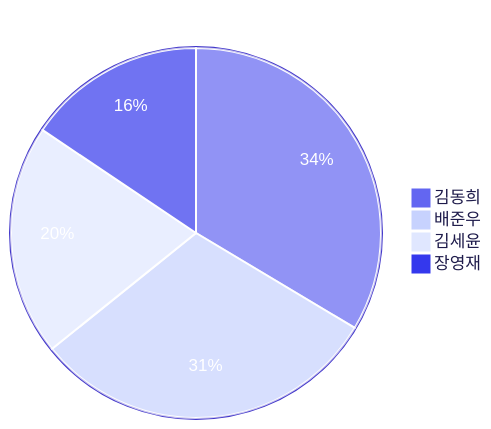
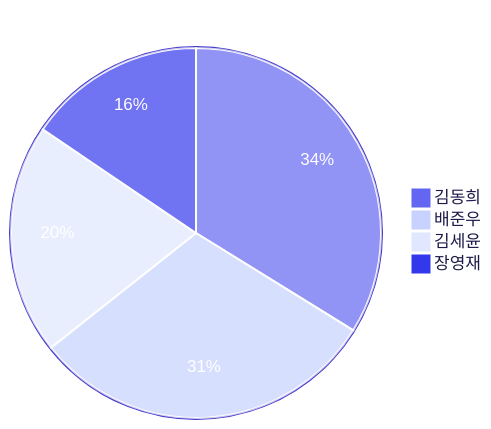
One commit to 3rd-project-team-1/ALYAC-market-team1 changed the third of 4 diagrams in README.md. Above: the diagram before and after it, drawn with Mermaid. The commit also changed other lines of this file, not shown here.

Commit message:
docs: 커밋 활동 차트 자동 업데이트 [skip ci]

````diff
--- a/README.md
+++ b/README.md
@@ -414,17 +414,17 @@
 ```mermaid
 %%{init: { 'theme': 'base', 'themeVariables': {
   'primaryColor': '#6366f1',
   'primaryTextColor': '#ffffff',
   'primaryBorderColor': '#4338ca',
   'secondaryColor': '#c7d2fe',
   'tertiaryColor': '#e0e7ff',
   'pieLegendTextColor': '#1e1b4b',
   'pieStrokeColor': '#ffffff',
   'pieOuterStrokeColor': '#4338ca'
 } } }%%
 pie title 기여자별 커밋 수
-  "김동희" : 183
+  "김동희" : 185
   "배준우" : 167
   "김세윤" : 110
   "장영재" : 85
 ```
````
